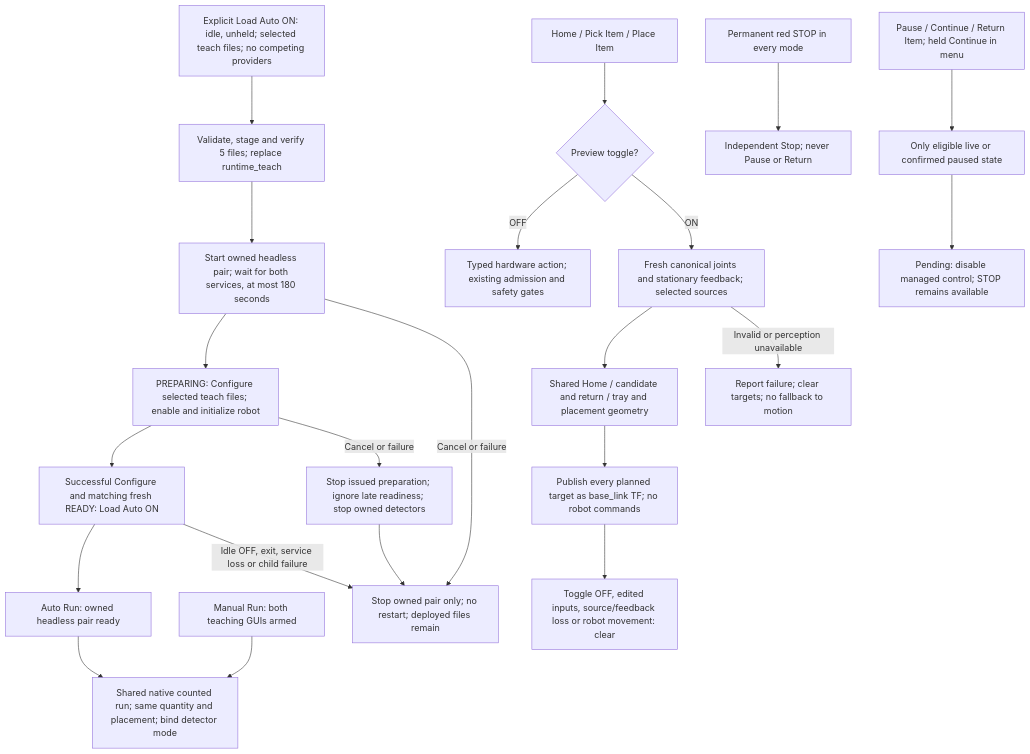
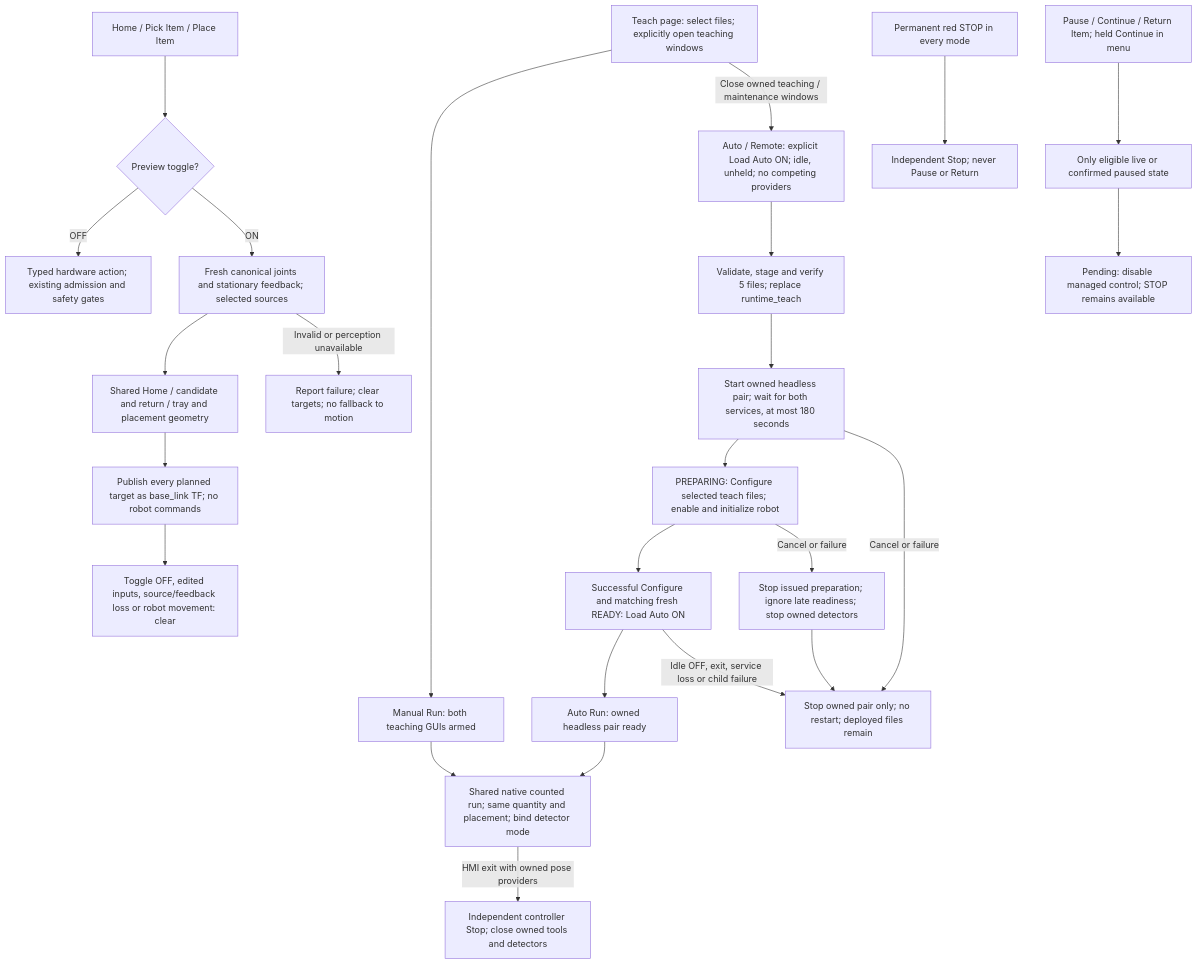
The first of 9 diagrams in docs/ROBOT_CONTROLLER_FSM.md (esgange/dobot_picknplace_yolo), drawn with Mermaid before and after one commit. The commit also changed other lines of this file and 12 other files, not shown here.

Commit message:
Reorganize controller as station HMI with owned tool launches

````diff
--- a/docs/ROBOT_CONTROLLER_FSM.md
+++ b/docs/ROBOT_CONTROLLER_FSM.md
@@ -933,24 +963,27 @@
 ```mermaid
 flowchart TD
-    Deploy["Explicit Load Auto ON: idle, unheld; selected teach files; no competing providers"] --> Copy["Validate, stage and verify 5 files; replace runtime_teach"]
+    TeachPage["Teach page: select files; explicitly open teaching windows"] --> Manual
+    TeachPage -->|Close owned teaching / maintenance windows| Deploy["Auto / Remote: explicit Load Auto ON; idle, unheld; no competing providers"]
+    Deploy --> Copy["Validate, stage and verify 5 files; replace runtime_teach"]
     Copy --> Detect["Start owned headless pair; wait for both services, at most 180 seconds"]
     Detect --> Prepare["PREPARING: Configure selected teach files; enable and initialize robot"]
     Prepare --> Loaded["Successful Configure and matching fresh READY: Load Auto ON"]
     Loaded --> Auto["Auto Run: owned headless pair ready"]
     Manual["Manual Run: both teaching GUIs armed"] --> Run["Shared native counted run; same quantity and placement; bind detector mode"]
     Auto --> Run
+    Run -->|HMI exit with owned pose providers| HmiExit["Independent controller Stop; close owned tools and detectors"]
     Loaded -->|Idle OFF, exit, service loss or child failure| End["Stop owned pair only; no restart; deployed files remain"]
     Detect -->|Cancel or failure| End
     Prepare -->|Cancel or failure| CancelPrepare["Stop issued preparation; ignore late readiness; stop owned detectors"]
     CancelPrepare --> End
     Buttons["Home / Pick Item / Place Item"] --> Mode{"Preview toggle?"}
     Mode -->|OFF| Action["Typed hardware action; existing admission and safety gates"]
     Mode -->|ON| Inputs["Fresh canonical joints and stationary feedback; selected sources"]
     Inputs --> Plan["Shared Home / candidate and return / tray and placement geometry"]
     Plan --> TF["Publish every planned target as base_link TF; no robot commands"]
     TF --> Clear["Toggle OFF, edited inputs, source/feedback loss or robot movement: clear"]
     Inputs -->|Invalid or perception unavailable| Failed["Report failure; clear targets; no fallback to motion"]
     Stop["Permanent red STOP in every mode"] --> Direct["Independent Stop; never Pause or Return"]
     Managed["Pause / Continue / Return Item; held Continue in menu"] --> Guard["Only eligible live or confirmed paused state"]
     Guard --> Pending["Pending: disable managed control; STOP remains available"]
 ```
````
